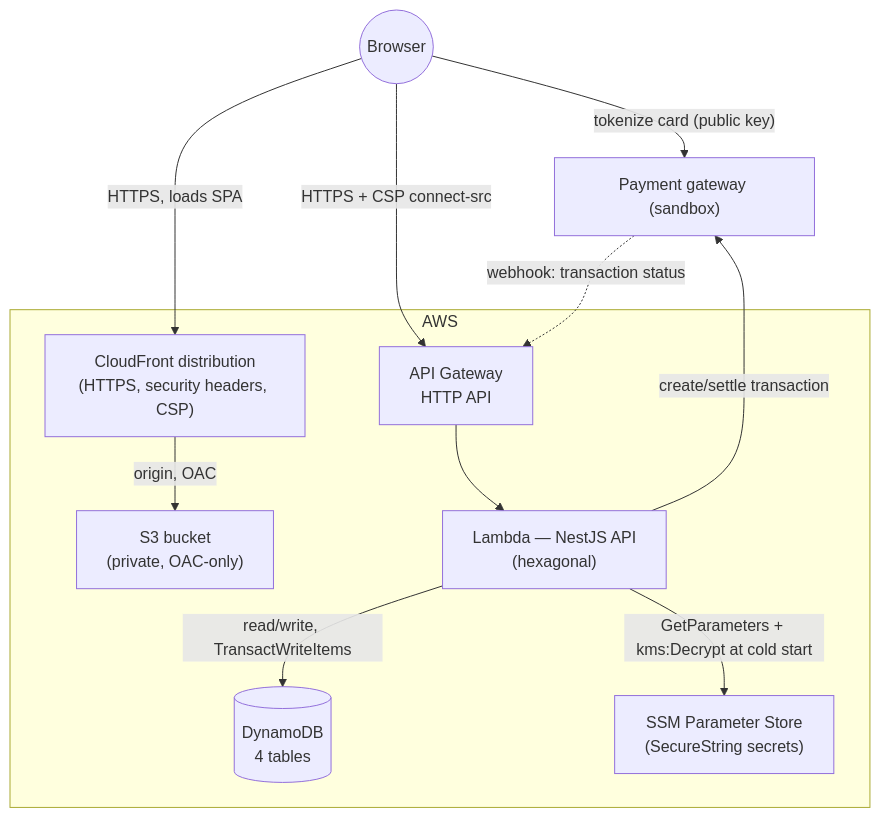
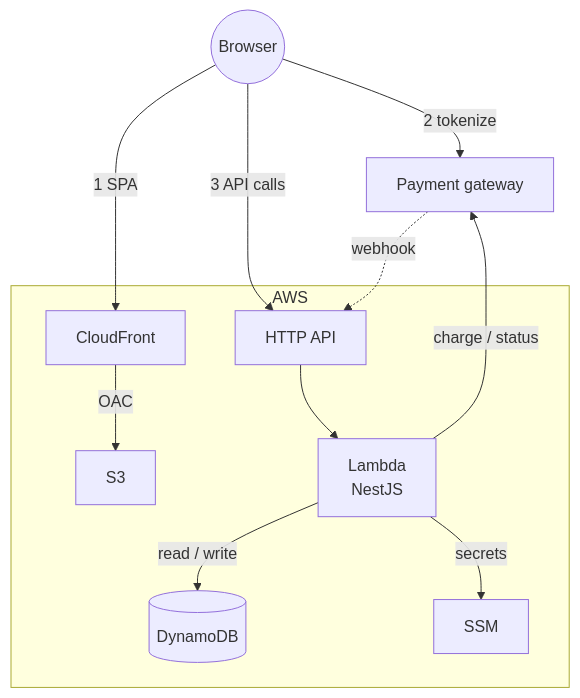
The first of 4 diagrams in README.md (Wgutierrezl/product-checkout-app), drawn with Mermaid before and after one commit. The commit also changed other lines of this file, not shown here.

Commit message:
docs: make the README diagrams readable on GitHub

````diff
--- a/README.md
+++ b/README.md
@@ -195,24 +197,24 @@
 ```mermaid
 flowchart TB
     Browser(("Browser"))
-    Gateway["Payment gateway (sandbox)"]
+    Gateway["Payment gateway"]
 
     subgraph AWS
-        CF["CloudFront distribution<br/>(HTTPS, security headers, CSP)"]
-        S3["S3 bucket<br/>(private, OAC-only)"]
-        HttpApi["API Gateway<br/>HTTP API"]
-        Lambda["Lambda — NestJS API<br/>(hexagonal)"]
-        DDB[("DynamoDB<br/>4 tables")]
-        SSM["SSM Parameter Store<br/>(SecureString secrets)"]
+        CF["CloudFront"]
+        S3["S3"]
+        HttpApi["HTTP API"]
+        Lambda["Lambda<br/>NestJS"]
+        DDB[("DynamoDB")]
+        SSM["SSM"]
     end
 
-    Browser -->|HTTPS, loads SPA| CF
-    CF -->|origin, OAC| S3
-    Browser -->|"tokenize card (public key)"| Gateway
-    Browser -->|HTTPS + CSP connect-src| HttpApi
+    Browser -->|1 SPA| CF
+    CF -->|OAC| S3
+    Browser -->|2 tokenize| Gateway
+    Browser -->|3 API calls| HttpApi
     HttpApi --> Lambda
-    Lambda -->|create/settle transaction| Gateway
-    Lambda -->|read/write, TransactWriteItems| DDB
-    Lambda -->|"GetParameters + kms:Decrypt at cold start"| SSM
-    Gateway -.->|webhook: transaction status| HttpApi
+    Lambda -->|charge / status| Gateway
+    Lambda -->|read / write| DDB
+    Lambda -->|secrets| SSM
+    Gateway -.->|webhook| HttpApi
 ```
````
